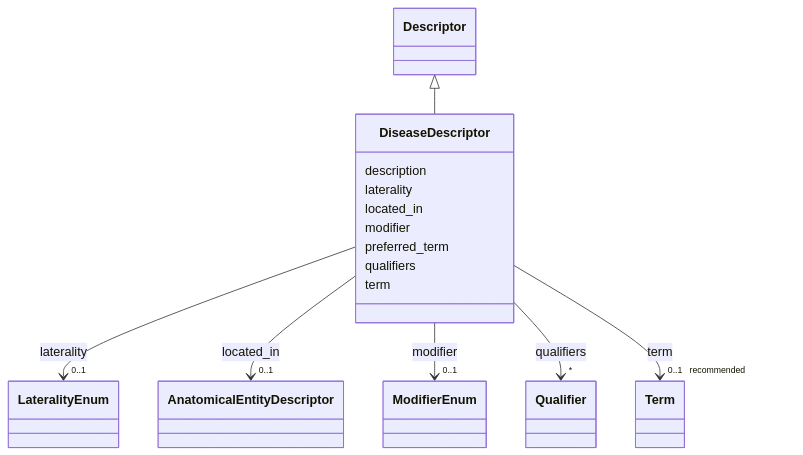
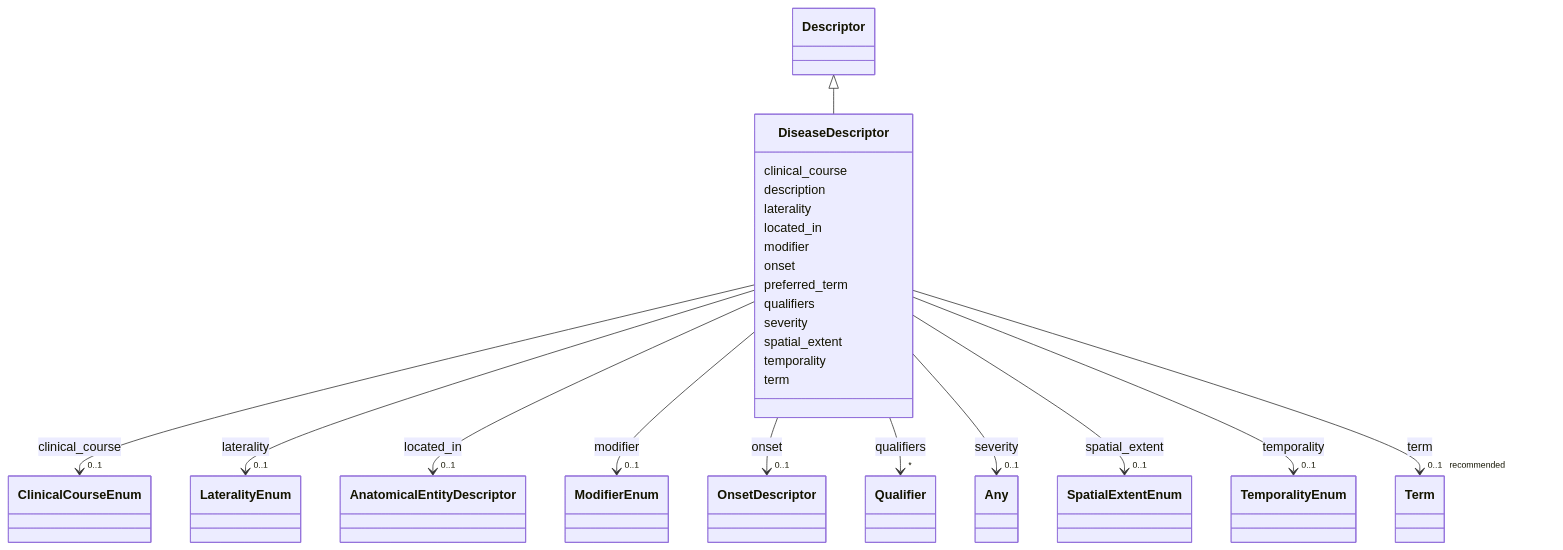
Before and after one commit to monarch-initiative/dismech: the diagram in docs/schema/classes/DiseaseDescriptor.md, drawn with Mermaid. The commit also changed other lines of this file and 1343 other files, not shown here.

First line of the commit message:
docs: regenerate schema docs and point design-decisions link at rendered page

```diff
--- a/docs/schema/classes/DiseaseDescriptor.md
+++ b/docs/schema/classes/DiseaseDescriptor.md
@@ -22,6 +22,17 @@
       Descriptor <|-- DiseaseDescriptor
         click Descriptor href "../../classes/Descriptor/"
       
+      DiseaseDescriptor : clinical_course
+        
+          
+    
+        
+        
+        DiseaseDescriptor --> "0..1" ClinicalCourseEnum : clinical_course
+        click ClinicalCourseEnum href "../../enums/ClinicalCourseEnum/"
+    
+
+        
       DiseaseDescriptor : description
         
       DiseaseDescriptor : laterality
@@ -57,6 +68,17 @@
     
 
         
+      DiseaseDescriptor : onset
+        
+          
+    
+        
+        
+        DiseaseDescriptor --> "0..1" OnsetDescriptor : onset
+        click OnsetDescriptor href "../../classes/OnsetDescriptor/"
+    
+
+        
       DiseaseDescriptor : preferred_term
         
       DiseaseDescriptor : qualifiers
@@ -67,6 +89,39 @@
         
         DiseaseDescriptor --> "*" Qualifier : qualifiers
         click Qualifier href "../../classes/Qualifier/"
+    
+
+        
+      DiseaseDescriptor : severity
+        
+          
+    
+        
+        
+        DiseaseDescriptor --> "0..1" Any : severity
+        click Any href "../../classes/Any/"
+    
+
+        
+      DiseaseDescriptor : spatial_extent
+        
+          
+    
+        
+        
+        DiseaseDescriptor --> "0..1" SpatialExtentEnum : spatial_extent
+        click SpatialExtentEnum href "../../enums/SpatialExtentEnum/"
+    
+
+        
+      DiseaseDescriptor : temporality
+        
+          
+    
+        
+        
+        DiseaseDescriptor --> "0..1" TemporalityEnum : temporality
+        click TemporalityEnum href "../../enums/TemporalityEnum/"
     
 
         
```
